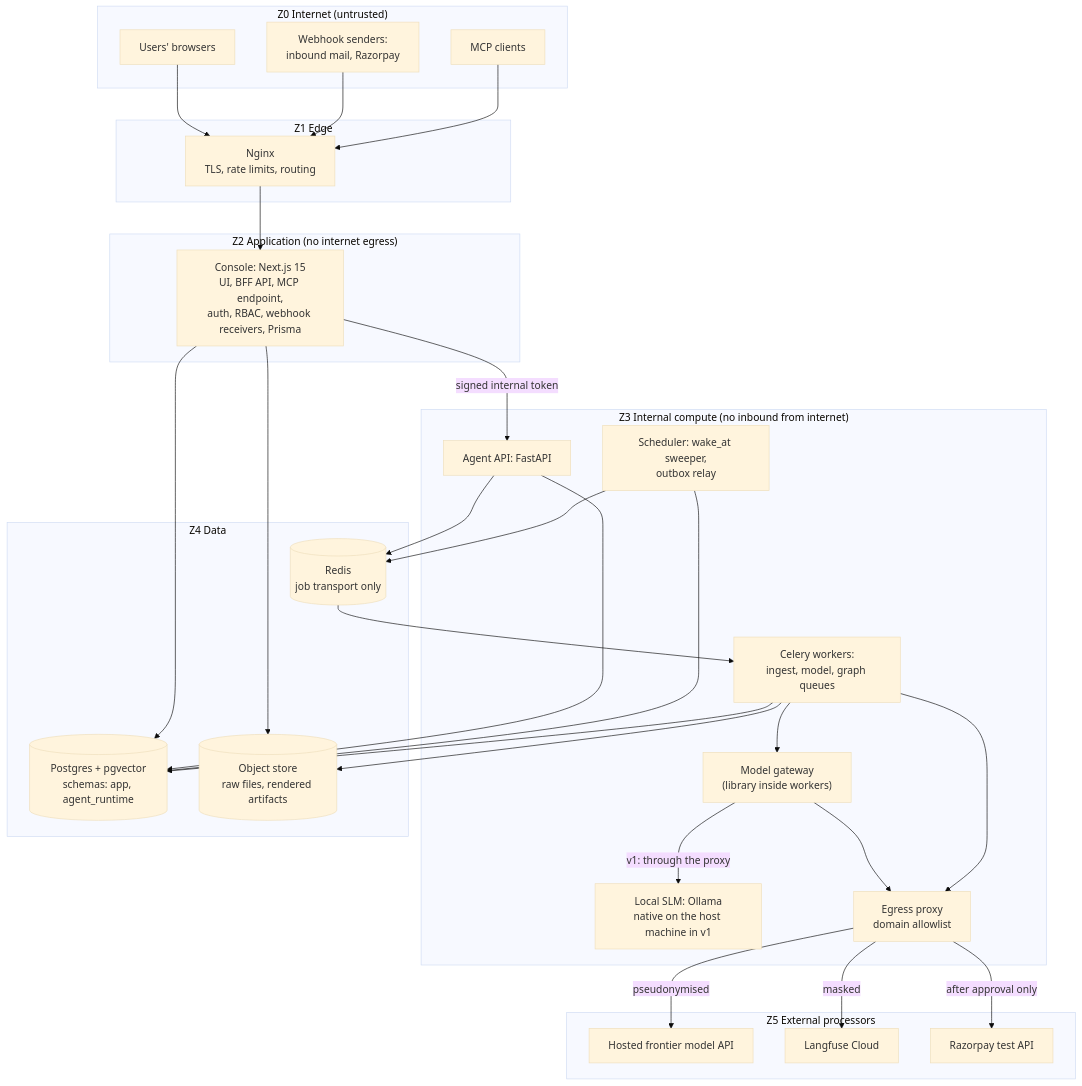
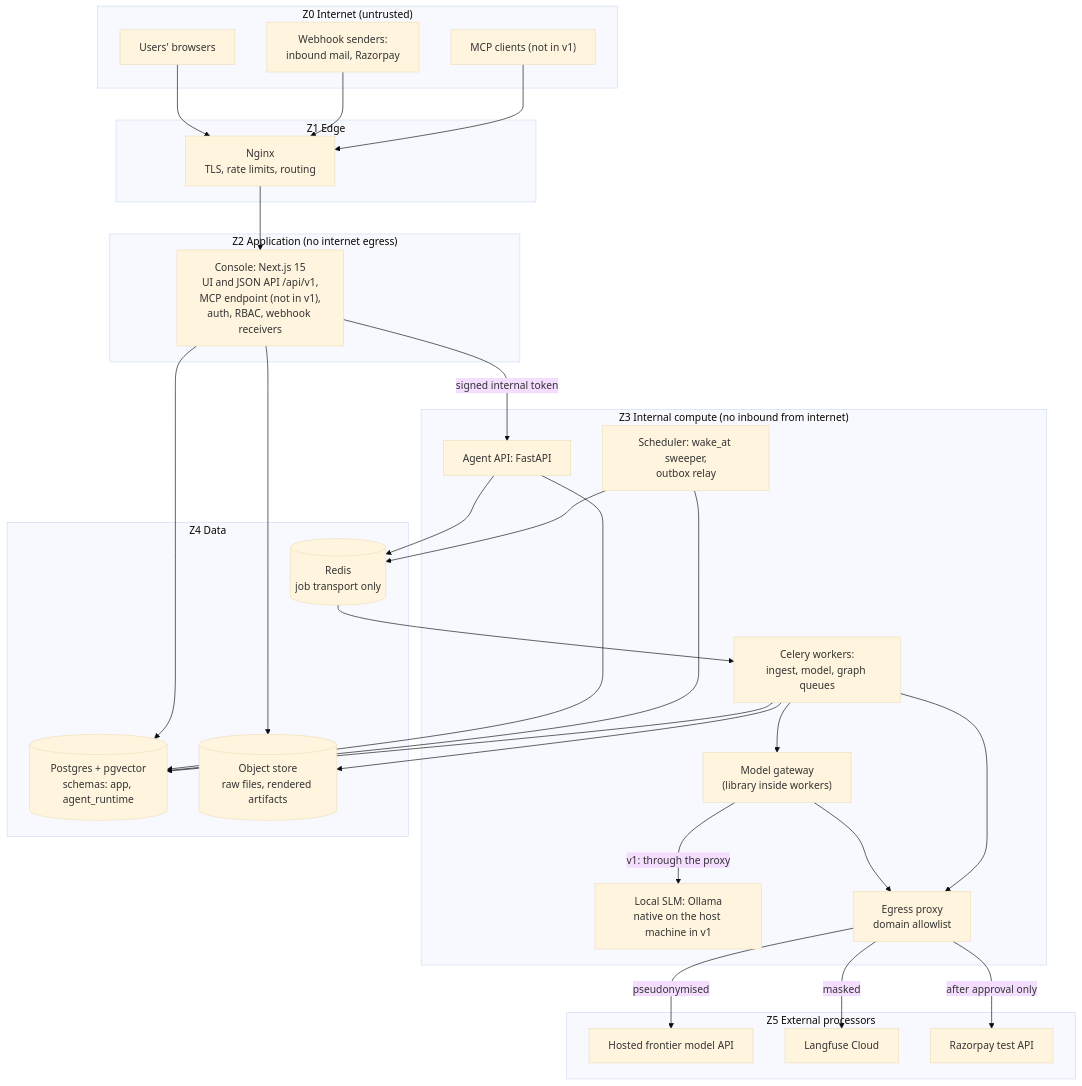
The second of 10 diagrams in docs/01-ARCHITECTURE.md (monarchsolanki/chukta), drawn with Mermaid (base theme) before and after one commit. The commit also changed other lines of this file and 4 other files, not shown here.

First line of the commit message:
docs: revise the PRD, architecture, threat model and data classification for C-1, C-2 and delta 1

````diff
--- a/docs/01-ARCHITECTURE.md
+++ b/docs/01-ARCHITECTURE.md
@@ -81,53 +81,53 @@
 ```mermaid
 flowchart TB
   subgraph Z0["Z0 Internet (untrusted)"]
     U["Users' browsers"]
     WH["Webhook senders:<br/>inbound mail, Razorpay"]
-    MC["MCP clients"]
+    MC["MCP clients (not in v1)"]
   end
   subgraph Z1["Z1 Edge"]
     NG["Nginx<br/>TLS, rate limits, routing"]
   end
   subgraph Z2["Z2 Application (no internet egress)"]
-    WEB["Console: Next.js 15<br/>UI, BFF API, MCP endpoint,<br/>auth, RBAC, webhook receivers, Prisma"]
+    WEB["Console: Next.js 15<br/>UI and JSON API /api/v1,<br/>MCP endpoint (not in v1),<br/>auth, RBAC, webhook receivers"]
   end
   subgraph Z3["Z3 Internal compute (no inbound from internet)"]
     API["Agent API: FastAPI"]
     WK["Celery workers:<br/>ingest, model, graph queues"]
     BT["Scheduler: wake_at sweeper,<br/>outbox relay"]
     GW["Model gateway<br/>(library inside workers)"]
     SLM["Local SLM: Ollama<br/>native on the host machine in v1"]
     PX["Egress proxy<br/>domain allowlist"]
   end
   subgraph Z4["Z4 Data"]
     PG[("Postgres + pgvector<br/>schemas: app, agent_runtime")]
     RD[("Redis<br/>job transport only")]
     S3[("Object store<br/>raw files, rendered artifacts")]
   end
   subgraph Z5["Z5 External processors"]
     FM["Hosted frontier model API"]
     LFC["Langfuse Cloud"]
     RZ["Razorpay test API"]
   end
   U --> NG
   WH --> NG
   MC --> NG
   NG --> WEB
   WEB -->|"signed internal token"| API
   WEB --> PG
   WEB --> S3
   API --> PG
   API --> RD
   BT --> PG
   BT --> RD
   RD --> WK
   WK --> PG
   WK --> S3
   WK --> GW
   GW -->|"v1: through the proxy"| SLM
   GW --> PX
   WK --> PX
   PX -->|"pseudonymised"| FM
   PX -->|"masked"| LFC
   PX -->|"after approval only"| RZ
 ```
````
